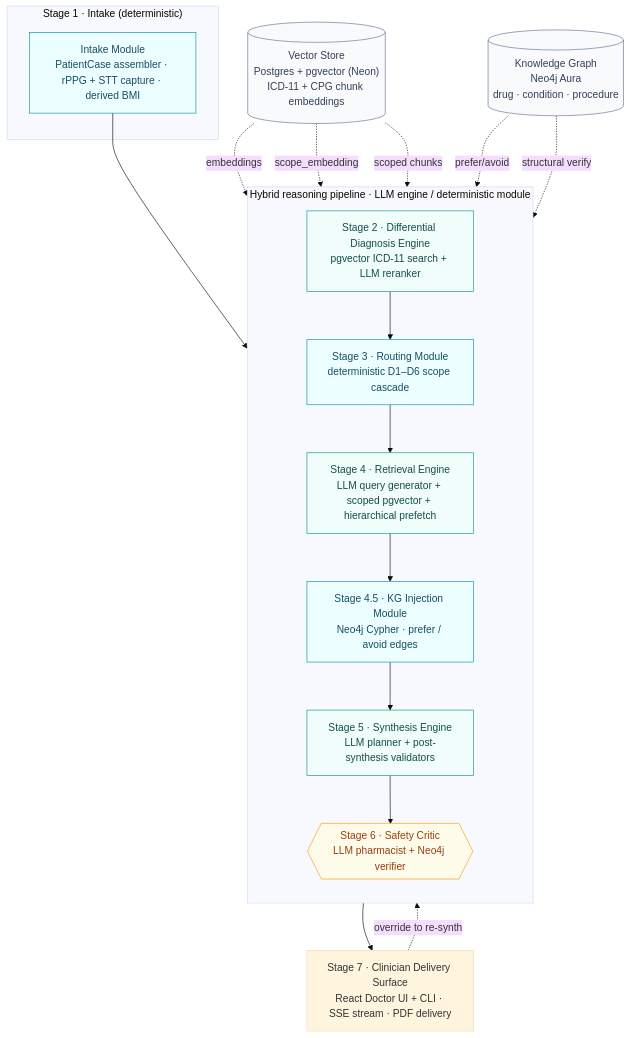
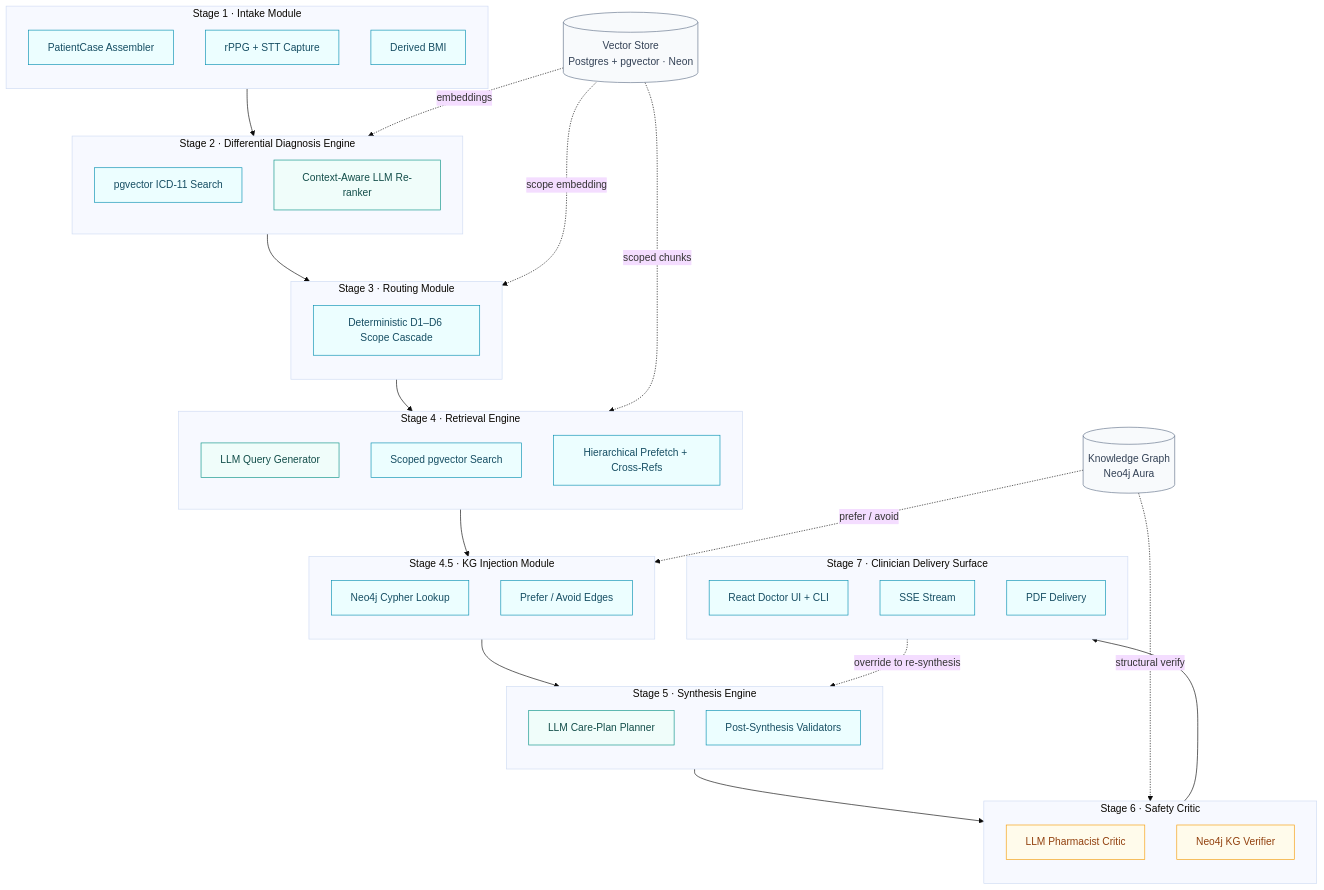
One commit to itznotpk/CPG-LLM-Agentic-RAG-Knowledge-Graph changed the first of 11 diagrams in docs/report/Chapter_3_Detailed_Design.md. Above: the diagram before and after it, drawn with Mermaid (base theme). The commit also changed other lines of this file and 3 other files, not shown here.

````diff
--- a/docs/report/Chapter_3_Detailed_Design.md
+++ b/docs/report/Chapter_3_Detailed_Design.md
@@ -111,39 +111,72 @@
 ```mermaid
 flowchart TB
-    subgraph Intake["Stage 1 · Intake (deterministic)"]
-        S1["Intake Module<br/>PatientCase assembler · rPPG + STT capture · derived BMI"]
+    subgraph S1["Stage 1 · Intake Module"]
+        direction TB
+        A1["PatientCase Assembler"]
+        A2["rPPG + STT Capture"]
+        A3["Derived BMI"]
     end
 
-    subgraph Pipeline["Hybrid reasoning pipeline · LLM engine / deterministic module"]
+    subgraph S2["Stage 2 · Differential Diagnosis Engine"]
         direction TB
-        S2["Stage 2 · Differential Diagnosis Engine<br/>pgvector ICD-11 search + LLM reranker"]
-        S3["Stage 3 · Routing Module<br/>deterministic D1–D6 scope cascade"]
-        S4["Stage 4 · Retrieval Engine<br/>LLM query generator + scoped pgvector + hierarchical prefetch"]
-        S45["Stage 4.5 · KG Injection Module<br/>Neo4j Cypher · prefer / avoid edges"]
-        S5["Stage 5 · Synthesis Engine<br/>LLM planner + post-synthesis validators"]
-        S6{{"Stage 6 · Safety Critic<br/>LLM pharmacist + Neo4j verifier"}}
-        S2 --> S3 --> S4 --> S45 --> S5 --> S6
+        B1["pgvector ICD-11 Search"]
+        B2["Context-Aware LLM Re-ranker"]
     end
 
-    PG[("Vector Store<br/>Postgres + pgvector (Neon)<br/>ICD-11 + CPG chunk embeddings")]
-    KG[("Knowledge Graph<br/>Neo4j Aura<br/>drug · condition · procedure")]
+    subgraph S3["Stage 3 · Routing Module"]
+        direction TB
+        C1["Deterministic D1–D6 Scope Cascade"]
+    end
 
-    S1 --> S2
+    subgraph S4["Stage 4 · Retrieval Engine"]
+        direction TB
+        D1["LLM Query Generator"]
+        D2["Scoped pgvector Search"]
+        D3["Hierarchical Prefetch + Cross-Refs"]
+    end
+
+    subgraph S45["Stage 4.5 · KG Injection Module"]
+        direction TB
+        E1["Neo4j Cypher Lookup"]
+        E2["Prefer / Avoid Edges"]
+    end
+
+    subgraph S5["Stage 5 · Synthesis Engine"]
+        direction TB
+        F1["LLM Care-Plan Planner"]
+        F2["Post-Synthesis Validators"]
+    end
+
+    subgraph S6["Stage 6 · Safety Critic"]
+        direction TB
+        G1["LLM Pharmacist Critic"]
+        G2["Neo4j KG Verifier"]
+    end
+
+    subgraph S7["Stage 7 · Clinician Delivery Surface"]
+        direction TB
+        H1["React Doctor UI + CLI"]
+        H2["SSE Stream"]
+        H3["PDF Delivery"]
+    end
+
+    PG[("Vector Store<br/>Postgres + pgvector · Neon")]
+    KG[("Knowledge Graph<br/>Neo4j Aura")]
+
+    S1 --> S2 --> S3 --> S4 --> S45 --> S5 --> S6 --> S7
     PG -. embeddings .-> S2
-    PG -. scope_embedding .-> S3
+    PG -. scope embedding .-> S3
     PG -. scoped chunks .-> S4
-    KG -. prefer/avoid .-> S45
+    KG -. prefer / avoid .-> S45
     KG -. structural verify .-> S6
-
-    S6 --> UI["Stage 7 · Clinician Delivery Surface<br/>React Doctor UI + CLI · SSE stream · PDF delivery"]
-    UI -. override to re-synth .-> S5
+    S7 -. override to re-synthesis .-> S5
 
     classDef agent fill:#f0fdfa,stroke:#0d9488,color:#134e4a;
     classDef det fill:#ecfeff,stroke:#0891b2,color:#164e63;
     classDef crit fill:#fffbeb,stroke:#f59e0b,color:#92400e;
     classDef store fill:#f8fafc,stroke:#64748b,color:#334155;
-    class S1,S3,S45 det;
-    class S2,S4,S5 agent;
-    class S6 crit;
+    class A1,A2,A3,B1,C1,D2,D3,E1,E2,F2,H1,H2,H3 det;
+    class B2,D1,F1 agent;
+    class G1,G2 crit;
     class PG,KG store;
 ```
````
